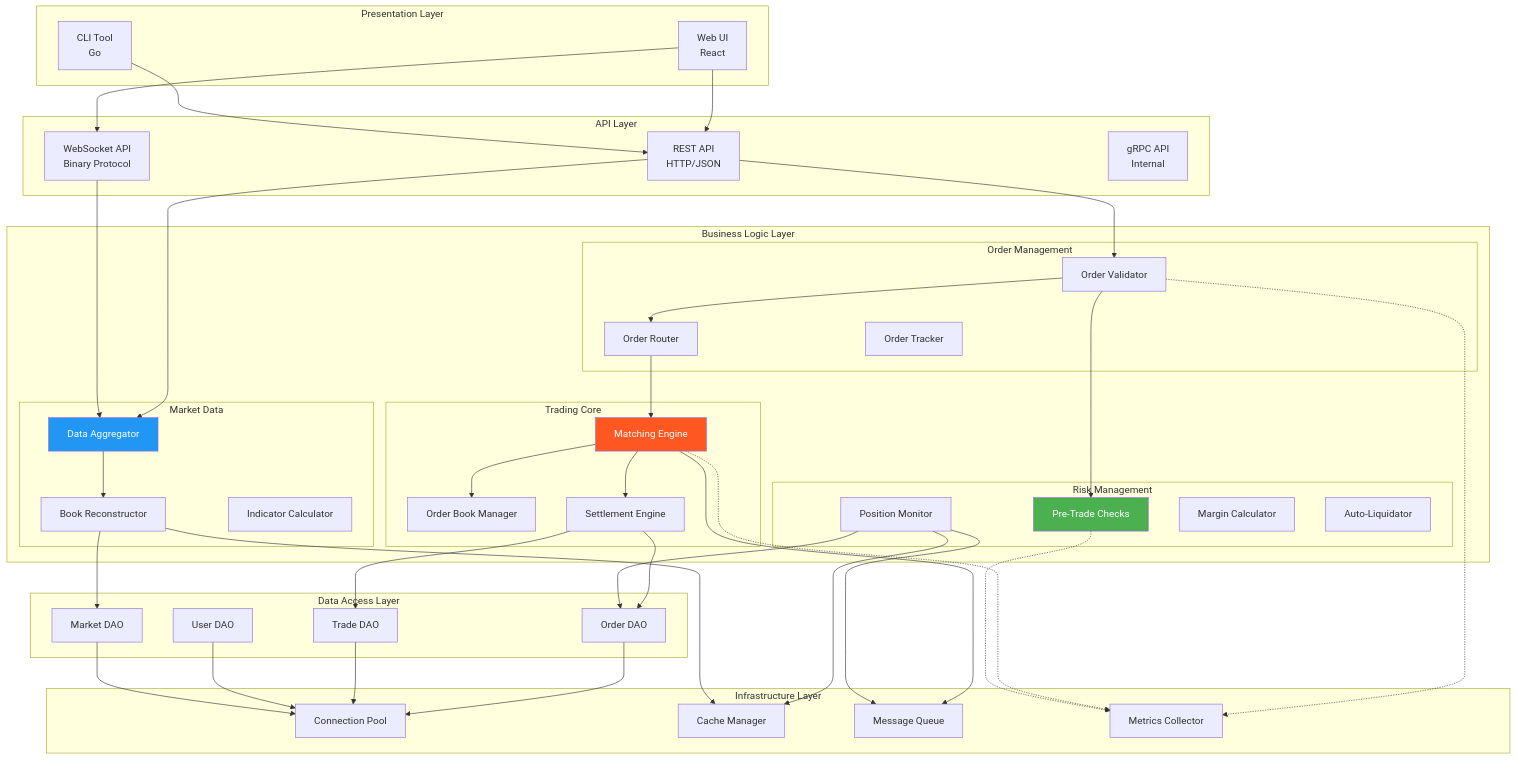
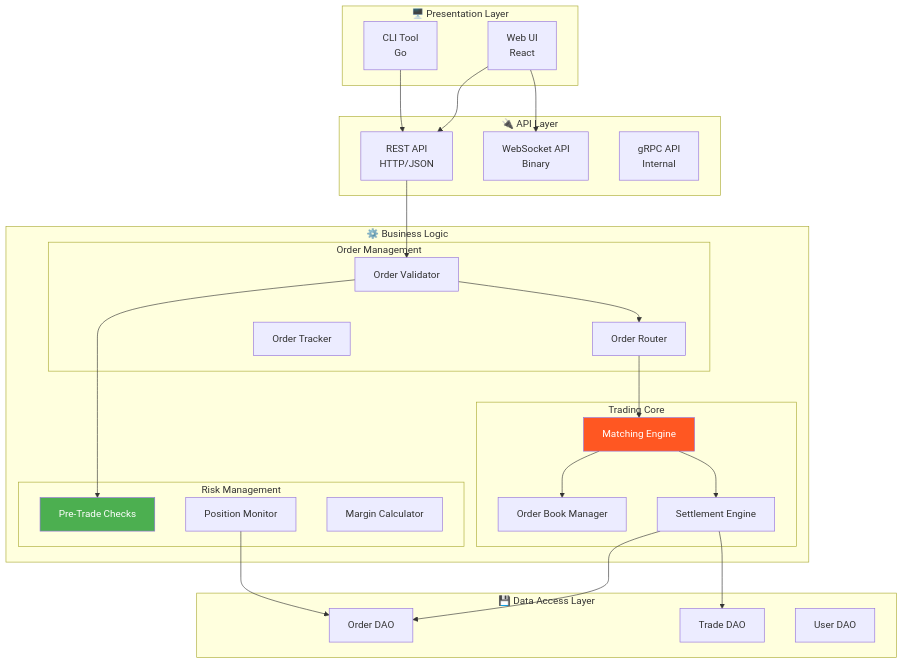
Diagram 13 of 52 in diagrams.md (abdoElHodaky/tradSys), drawn with Mermaid before and after one commit. The commit also changed other lines of this file, not shown here.

````diff
--- a/diagrams.md
+++ b/diagrams.md
@@ -865,55 +479,40 @@
 ```mermaid
 graph TB
-    subgraph "Presentation Layer"
-        UI[Web UI<br/>React]
-        CLI[CLI Tool<br/>Go]
+    subgraph Presentation["🖥️ Presentation Layer"]
+        UI["Web UI<br/>React"]
+        CLI["CLI Tool<br/>Go"]
     end
     
-    subgraph "API Layer"
-        REST[REST API<br/>HTTP/JSON]
-        WS[WebSocket API<br/>Binary Protocol]
-        GRPC[gRPC API<br/>Internal]
+    subgraph API["🔌 API Layer"]
+        REST["REST API<br/>HTTP/JSON"]
+        WS["WebSocket API<br/>Binary"]
+        GRPC["gRPC API<br/>Internal"]
     end
     
-    subgraph "Business Logic Layer"
-        subgraph "Order Management"
-            OM1[Order Validator]
-            OM2[Order Router]
-            OM3[Order Tracker]
+    subgraph Business["⚙️ Business Logic"]
+        subgraph OM["Order Management"]
+            OM1["Order Validator"]
+            OM2["Order Router"]
+            OM3["Order Tracker"]
         end
         
-        subgraph "Trading Core"
-            TC1[Matching Engine]
-            TC2[Order Book Manager]
-            TC3[Settlement Engine]
+        subgraph TC["Trading Core"]
+            TC1["Matching Engine"]
+            TC2["Order Book Manager"]
+            TC3["Settlement Engine"]
         end
         
-        subgraph "Risk Management"
-            RM1[Pre-Trade Checks]
-            RM2[Position Monitor]
-            RM3[Margin Calculator]
-            RM4[Auto-Liquidator]
-        end
-        
-        subgraph "Market Data"
-            MD1[Data Aggregator]
-            MD2[Book Reconstructor]
-            MD3[Indicator Calculator]
+        subgraph RM["Risk Management"]
+            RM1["Pre-Trade Checks"]
+            RM2["Position Monitor"]
+            RM3["Margin Calculator"]
         end
     end
     
-    subgraph "Data Access Layer"
-        DAO1[Order DAO]
-        DAO2[Trade DAO]
-        DAO3[User DAO]
-        DAO4[Market DAO]
-    end
-    
-    subgraph "Infrastructure Layer"
-        POOL[Connection Pool]
-        CACHE_MGR[Cache Manager]
-        QUEUE[Message Queue]
-        METRICS[Metrics Collector]
+    subgraph DAL["💾 Data Access Layer"]
+        DAO1["Order DAO"]
+        DAO2["Trade DAO"]
+        DAO3["User DAO"]
     end
     
     UI --> REST
@@ -921,9 +520,6 @@
     UI --> WS
     
     REST --> OM1
-    REST --> MD1
-    WS --> MD1
-    
     OM1 --> RM1
     OM1 --> OM2
     OM2 --> TC1
@@ -933,27 +529,8 @@
     
     TC3 --> DAO1
     TC3 --> DAO2
-    
     RM2 --> DAO1
-    RM2 --> CACHE_MGR
-    
-    MD1 --> MD2
-    MD2 --> DAO4
-    MD2 --> CACHE_MGR
-    
-    DAO1 --> POOL
-    DAO2 --> POOL
-    DAO3 --> POOL
-    DAO4 --> POOL
-    
-    TC1 --> QUEUE
-    RM2 --> QUEUE
-    
-    OM1 -.-> METRICS
-    TC1 -.-> METRICS
-    RM1 -.-> METRICS
     
     style TC1 fill:#FF5722,color:#fff
     style RM1 fill:#4CAF50,color:#fff
-    style MD1 fill:#2196F3,color:#fff
 ```
````
